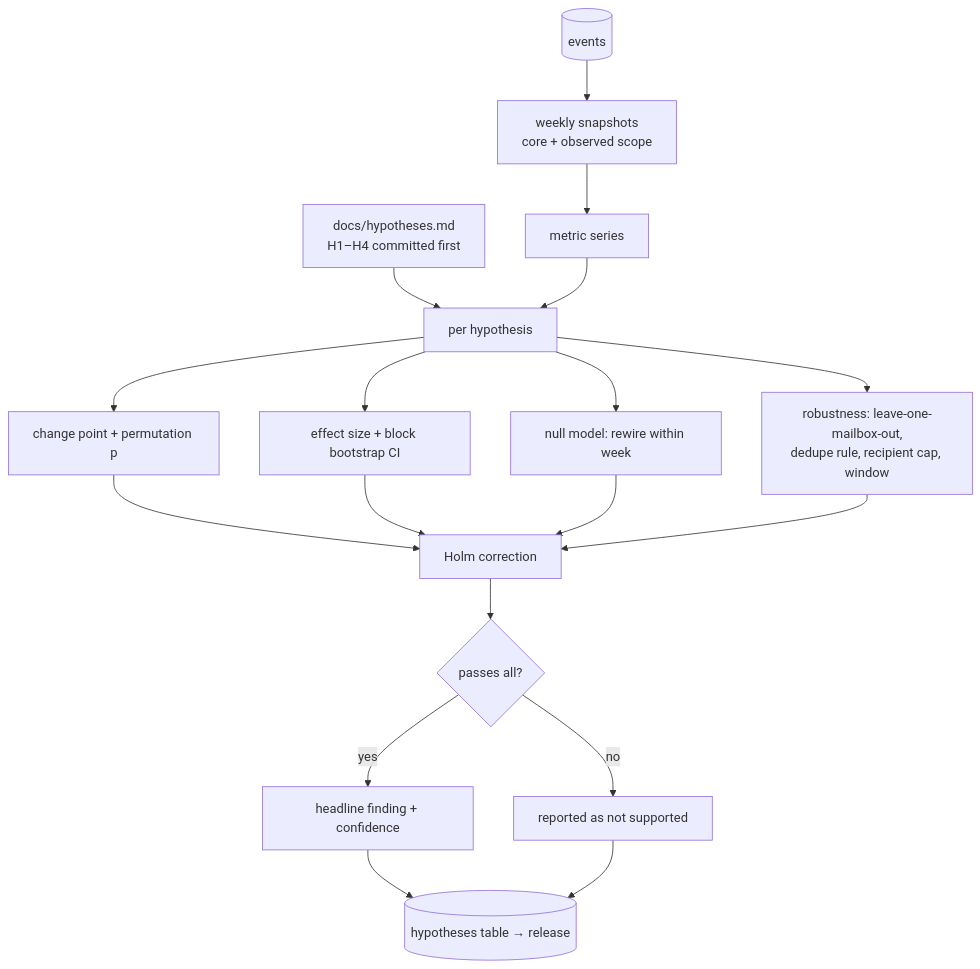
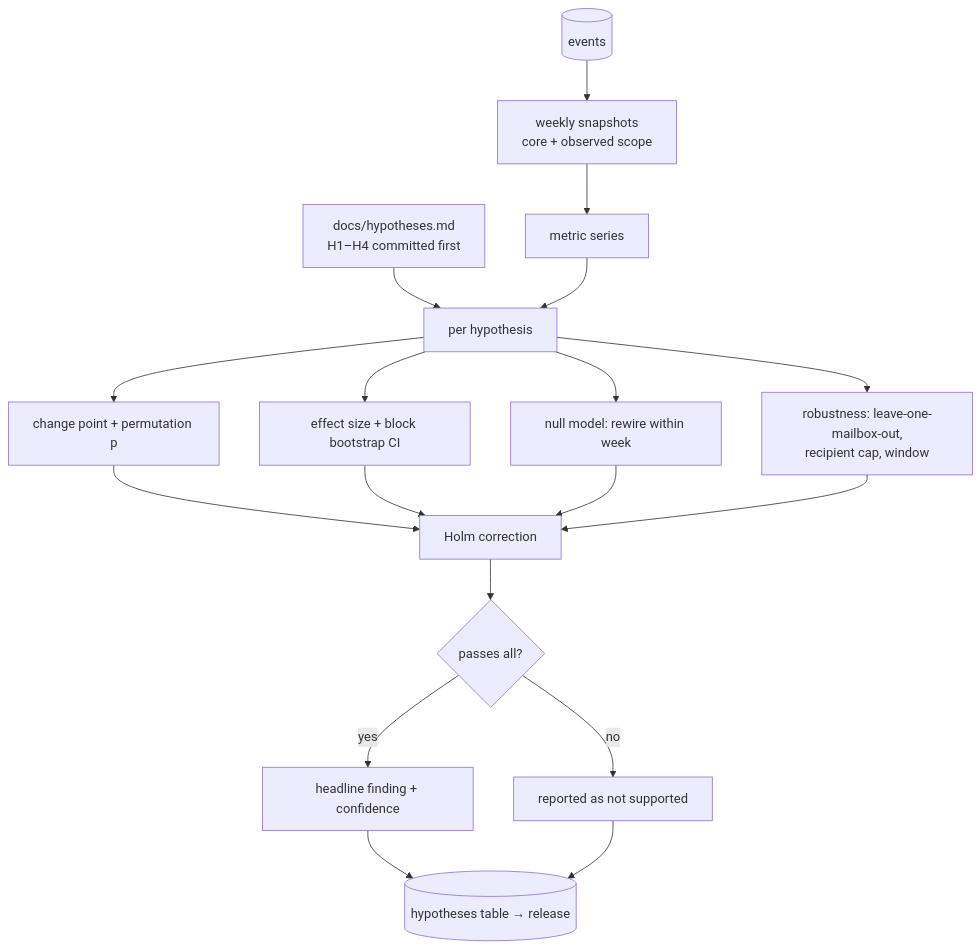
One commit to marcusvieira88/network-science changed the fourth of 9 diagrams in specs/001-enron-network-analysis/plan.md. Above: the diagram before and after it, drawn with Mermaid. The commit also changed 53 other files, not shown here.

````diff
--- a/specs/001-enron-network-analysis/plan.md
+++ b/specs/001-enron-network-analysis/plan.md
@@ -161,16 +161,16 @@
 ```mermaid
 flowchart TB
     H0[docs/hypotheses.md<br/>H1–H4 committed first] --> RUN
     E[(events)] --> W[weekly snapshots<br/>core + observed scope]
     W --> MS[metric series]
     MS --> RUN[per hypothesis]
     RUN --> CP[change point + permutation p]
     RUN --> ES[effect size + block bootstrap CI]
     RUN --> NM[null model: rewire within week]
-    RUN --> RB[robustness: leave-one-mailbox-out,<br/>dedupe rule, recipient cap, window]
+    RUN --> RB[robustness: leave-one-mailbox-out,<br/>recipient cap, window]
     CP & ES & NM & RB --> HC[Holm correction]
     HC --> D{passes all?}
     D -- yes --> F[headline finding + confidence]
     D -- no --> NS[reported as not supported]
     F & NS --> T[(hypotheses table → release)]
 ```
````
